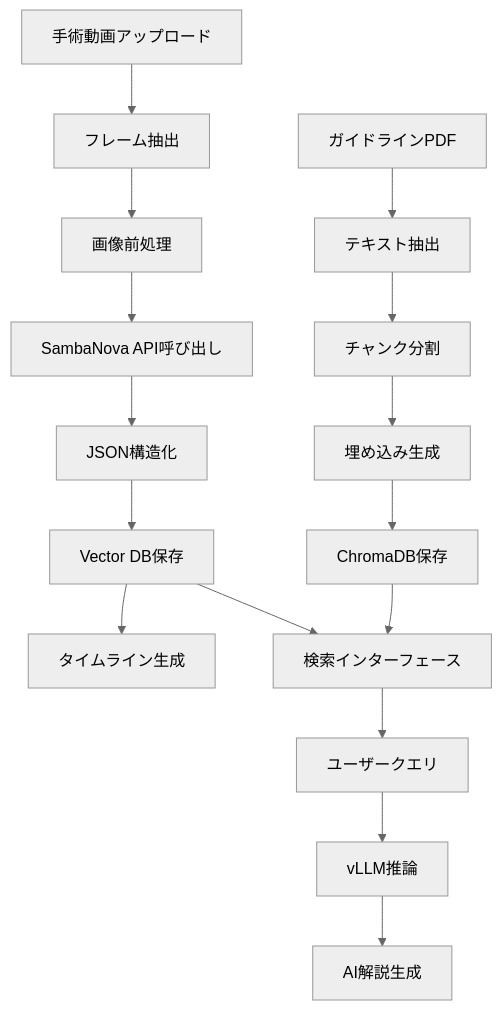
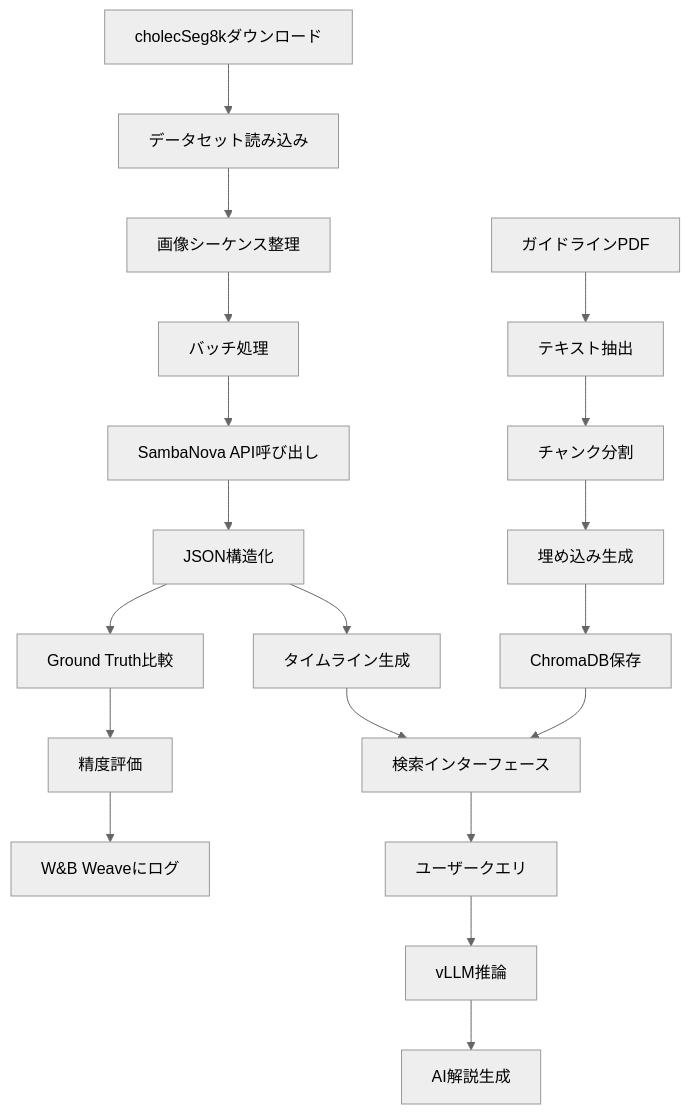
One commit to Shibata-1273352/surgical-recap changed the diagram in CLAUDE.md. Above: the diagram before and after it, drawn with Mermaid (neutral theme). The commit also changed other lines of this file and 1 other file, not shown here.

First line of the commit message:
Migrate from video to cholecSeg8k Kaggle dataset

````diff
--- a/CLAUDE.md
+++ b/CLAUDE.md
@@ -205,20 +205,23 @@
 ```mermaid
 graph TD
-    A[手術動画アップロード] --> B[フレーム抽出]
-    B --> C[画像前処理]
-    C --> D[SambaNova API呼び出し]
-    D --> E[JSON構造化]
-    E --> F[Vector DB保存]
-    F --> G[タイムライン生成]
+    A[cholecSeg8kダウンロード] --> B[データセット読み込み]
+    B --> C[画像シーケンス整理]
+    C --> D[バッチ処理]
+    D --> E[SambaNova API呼び出し]
+    E --> F[JSON構造化]
+    F --> G[Ground Truth比較]
+    G --> H[精度評価]
+    H --> I[W&B Weaveにログ]
+    F --> J[タイムライン生成]
 
-    H[ガイドラインPDF] --> I[テキスト抽出]
-    I --> J[チャンク分割]
-    J --> K[埋め込み生成]
-    K --> L[ChromaDB保存]
+    K[ガイドラインPDF] --> L[テキスト抽出]
+    L --> M[チャンク分割]
+    M --> N[埋め込み生成]
+    N --> O[ChromaDB保存]
 
-    F --> M[検索インターフェース]
-    L --> M
-    M --> N[ユーザークエリ]
-    N --> O[vLLM推論]
-    O --> P[AI解説生成]
+    J --> P[検索インターフェース]
+    O --> P
+    P --> Q[ユーザークエリ]
+    Q --> R[vLLM推論]
+    R --> S[AI解説生成]
 ```
````
